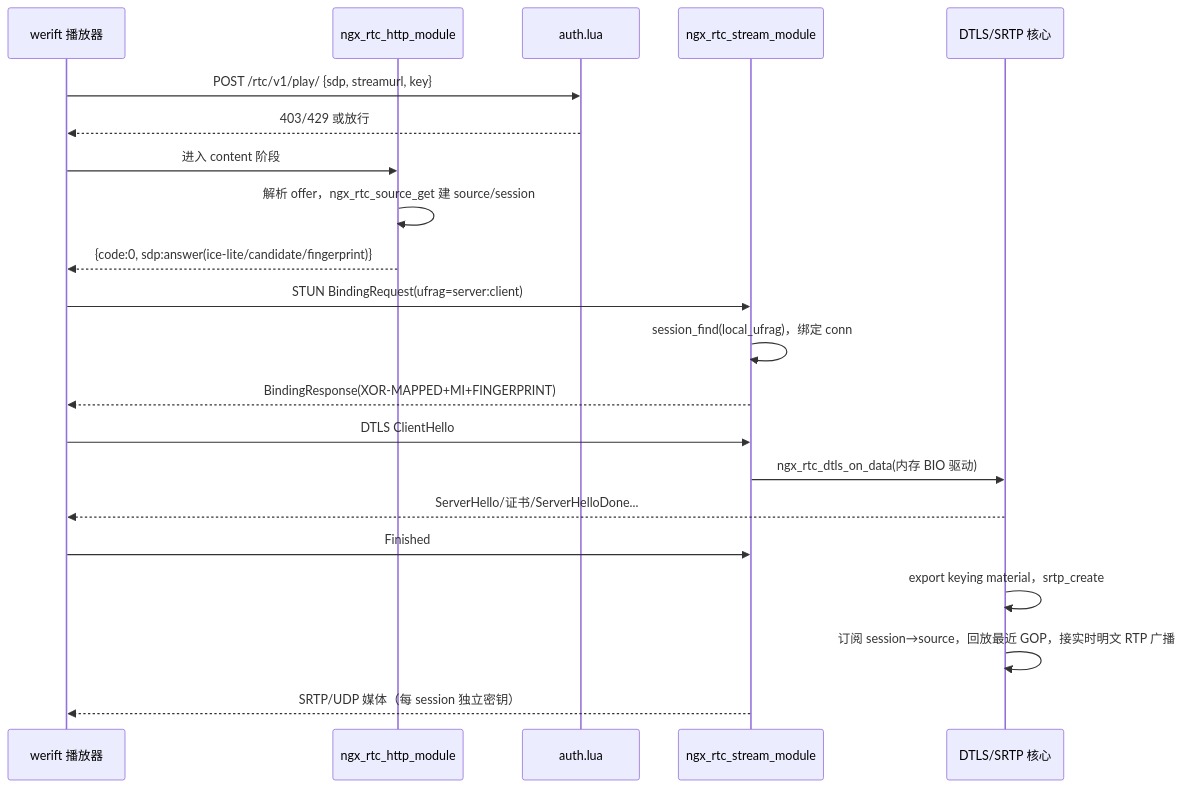
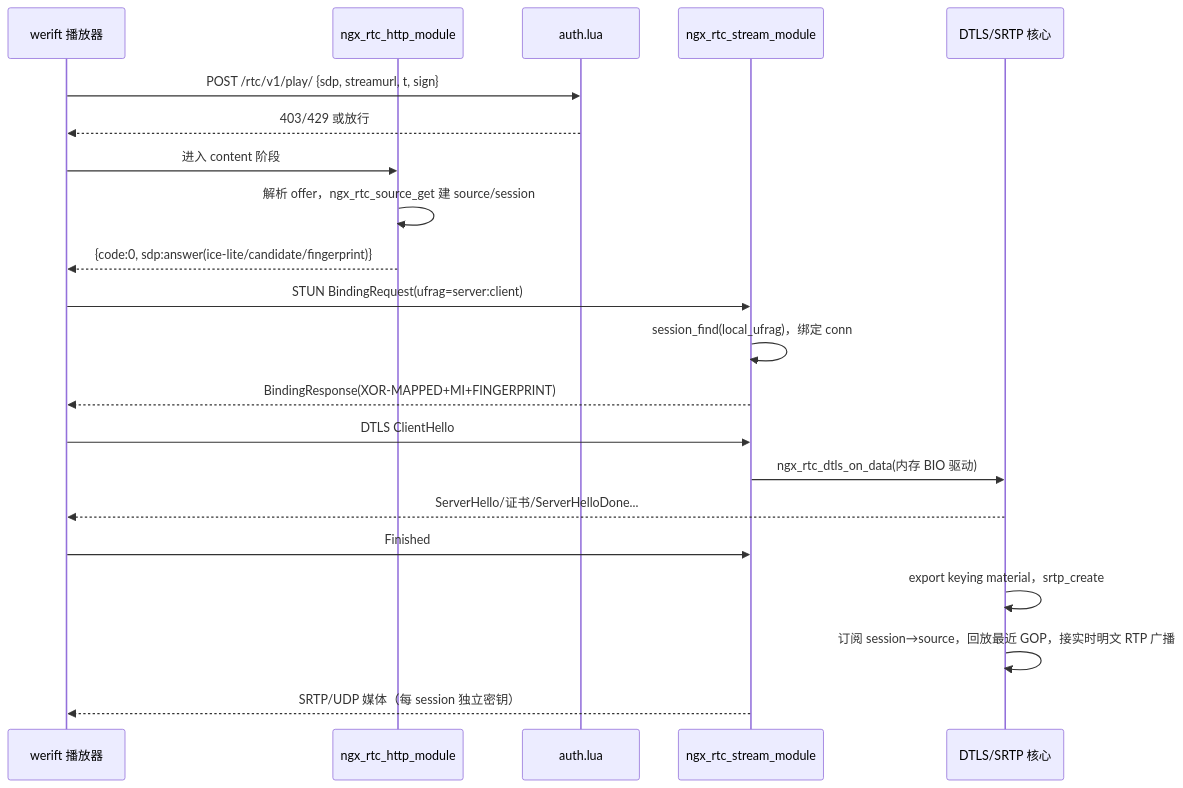
One commit to DeguiLiu/nginx-rtc-example changed the fourth of 7 diagrams in docs/详细设计.md. Above: the diagram before and after it, drawn with Mermaid. The commit also changed other lines of this file and 2 other files, not shown here.

````diff
--- a/docs/详细设计.md
+++ b/docs/详细设计.md
@@ -377,24 +377,24 @@
 ```mermaid
 sequenceDiagram
     participant W as werift 播放器
     participant H as ngx_rtc_http_module
     participant A as auth.lua
     participant S as ngx_rtc_stream_module
     participant D as DTLS/SRTP 核心
 
-    W->>A: POST /rtc/v1/play/ {sdp, streamurl, key}
+    W->>A: POST /rtc/v1/play/ {sdp, streamurl, t, sign}
     A-->>W: 403/429 或放行
     W->>H: 进入 content 阶段
     H->>H: 解析 offer，ngx_rtc_source_get 建 source/session
     H-->>W: {code:0, sdp:answer(ice-lite/candidate/fingerprint)}
     W->>S: STUN BindingRequest(ufrag=server:client)
     S->>S: session_find(local_ufrag)，绑定 conn
     S-->>W: BindingResponse(XOR-MAPPED+MI+FINGERPRINT)
     W->>S: DTLS ClientHello
     S->>D: ngx_rtc_dtls_on_data(内存 BIO 驱动)
     D-->>W: ServerHello/证书/ServerHelloDone...
     W->>S: Finished
     D->>D: export keying material，srtp_create
     D->>D: 订阅 session→source，回放最近 GOP，接实时明文 RTP 广播
     S-->>W: SRTP/UDP 媒体（每 session 独立密钥）
 ```
````
